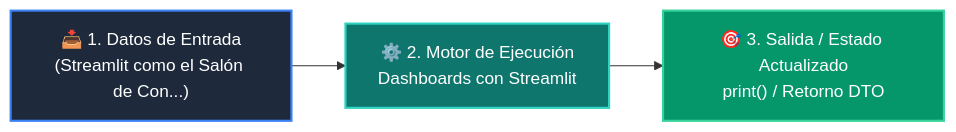
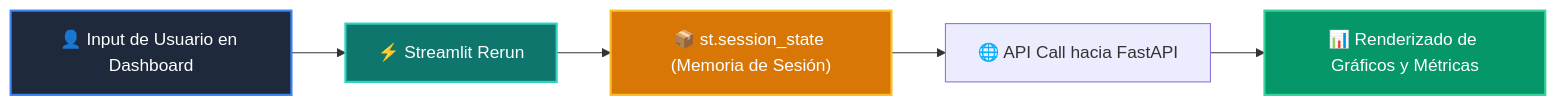
One commit to wisrovi/wisrovi-python changed the diagram in docs/curso-04/clase-04.md. Above: the diagram before and after it, drawn with Mermaid. The commit also changed other lines of this file and 52 other files, not shown here.

````diff
--- a/docs/curso-04/clase-04.md
+++ b/docs/curso-04/clase-04.md
@@ -38,9 +37,11 @@
 ```mermaid
 flowchart LR
-    IN["📥 1. Datos de Entrada<br/>(Streamlit como el Salón de Con...)"] --> ENG["⚙️ 2. Motor de Ejecución<br/>Dashboards con Streamlit"]
-    ENG --> OUT["🎯 3. Salida / Estado Actualizado<br/>print() / Retorno DTO"]
-
-    style IN fill:#1e293b,color:#ffffff,stroke:#3b82f6,stroke-width:2px
-    style ENG fill:#0f766e,color:#ffffff,stroke:#2dd4bf,stroke-width:2px
-    style OUT fill:#059669,color:#ffffff,stroke:#34d399,stroke-width:2px
+    A["👤 Input de Usuario en Dashboard"] --> B["⚡ Streamlit Rerun"]
+    B --> C["📦 st.session_state (Memoria de Sesión)"]
+    C --> D["🌐 API Call hacia FastAPI"]
+    D --> E["📊 Renderizado de Gráficos y Métricas"]
+    style A fill:#1e293b,color:#ffffff,stroke:#3b82f6,stroke-width:2px
+    style B fill:#0f766e,color:#ffffff,stroke:#2dd4bf,stroke-width:2px
+    style C fill:#d97706,color:#ffffff,stroke:#fbbf24,stroke-width:2px
+    style E fill:#059669,color:#ffffff,stroke:#34d399,stroke-width:2px
 ```
````
